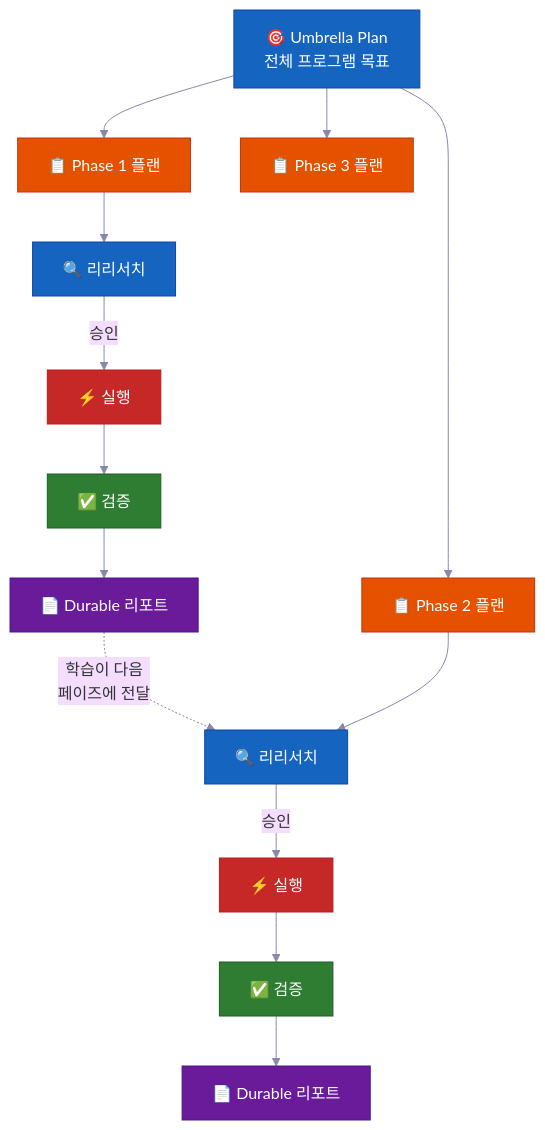
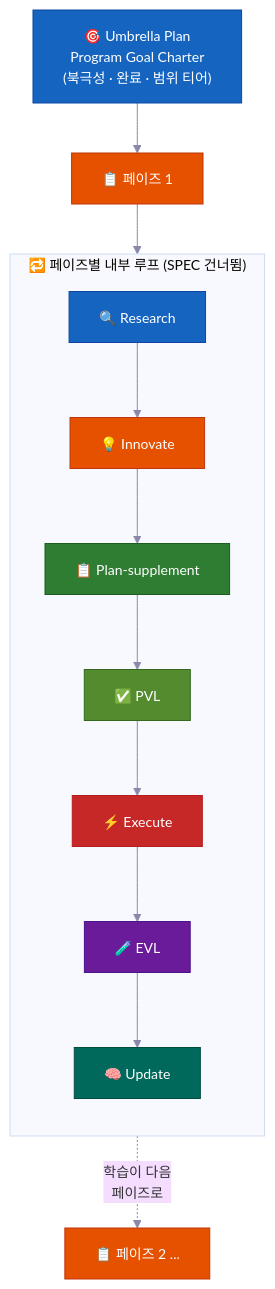
Before and after one commit to Erlangga15/vibecode-pro-max-kit: diagram 12 of 14 in docs/i18n/README.ko-KR.md, drawn with Mermaid. The commit also changed other lines of this file and 43 other files, not shown here.

````diff
--- a/docs/i18n/README.ko-KR.md
+++ b/docs/i18n/README.ko-KR.md
@@ -921,46 +1231,33 @@
 ```mermaid
-%%{init: {'theme': 'base', 'themeVariables': {'fontSize': '16px', 'lineColor': '#8888AA'}} }%%
+%%{init: {'theme': 'base', 'themeVariables': {'fontSize': '14px', 'lineColor': '#8888AA'}} }%%
 flowchart TD
-    UP["🎯 Umbrella Plan\n전체 프로그램 목표"]
-    P1["📋 Phase 1 플랜"]
-    P2["📋 Phase 2 플랜"]
-    P3["📋 Phase 3 플랜"]
+    UP["🎯 Umbrella Plan\nProgram Goal Charter\n(북극성 · 완료 · 범위 티어)"]
+    P1["📋 페이즈 1"]
+    P2["📋 페이즈 2 ..."]
 
-    R1["🔍 리리서치"]
-    E1["⚡ 실행"]
-    V1["✅ 검증"]
-    RP1["📄 Durable 리포트"]
+    subgraph LOOP["🔁 페이즈별 내부 루프 (SPEC 건너뜀)"]
+        direction TB
+        R["🔍 Research"]
+        I["💡 Innovate"]
+        PL["📋 Plan-supplement"]
+        PVL["✅ PVL"]
+        EX["⚡ Execute"]
+        EVL["🧪 EVL"]
+        UPD["🧠 Update"]
+        R --> I --> PL --> PVL --> EX --> EVL --> UPD
+    end
 
-    R2["🔍 리리서치"]
-    E2["⚡ 실행"]
-    V2["✅ 검증"]
-    RP2["📄 Durable 리포트"]
-
-    UP --> P1
-    UP --> P2
-    UP --> P3
-
-    P1 --> R1
-    R1 -->|"승인"| E1
-    E1 --> V1
-    V1 --> RP1
-    RP1 -.->|"학습이 다음\n페이즈에 전달"| R2
-
-    P2 --> R2
-    R2 -->|"승인"| E2
-    E2 --> V2
-    V2 --> RP2
+    UP --> P1 --> LOOP
+    LOOP -.->|"학습이 다음\n페이즈로"| P2
 
     style UP fill:#1565C0,stroke:#0D47A1,color:#FFFFFF
     style P1 fill:#E65100,stroke:#BF360C,color:#FFFFFF
     style P2 fill:#E65100,stroke:#BF360C,color:#FFFFFF
-    style P3 fill:#E65100,stroke:#BF360C,color:#FFFFFF
-    style R1 fill:#1565C0,stroke:#0D47A1,color:#FFFFFF
-    style E1 fill:#C62828,stroke:#B71C1C,color:#FFFFFF
-    style V1 fill:#2E7D32,stroke:#1B5E20,color:#FFFFFF
-    style RP1 fill:#6A1B9A,stroke:#4A148C,color:#FFFFFF
-    style R2 fill:#1565C0,stroke:#0D47A1,color:#FFFFFF
-    style E2 fill:#C62828,stroke:#B71C1C,color:#FFFFFF
-    style V2 fill:#2E7D32,stroke:#1B5E20,color:#FFFFFF
-    style RP2 fill:#6A1B9A,stroke:#4A148C,color:#FFFFFF
+    style R fill:#1565C0,stroke:#0D47A1,color:#FFFFFF
+    style I fill:#E65100,stroke:#BF360C,color:#FFFFFF
+    style PL fill:#2E7D32,stroke:#1B5E20,color:#FFFFFF
+    style PVL fill:#558B2F,stroke:#33691E,color:#FFFFFF
+    style EX fill:#C62828,stroke:#B71C1C,color:#FFFFFF
+    style EVL fill:#6A1B9A,stroke:#4A148C,color:#FFFFFF
+    style UPD fill:#00695C,stroke:#004D40,color:#FFFFFF
 ```
````
